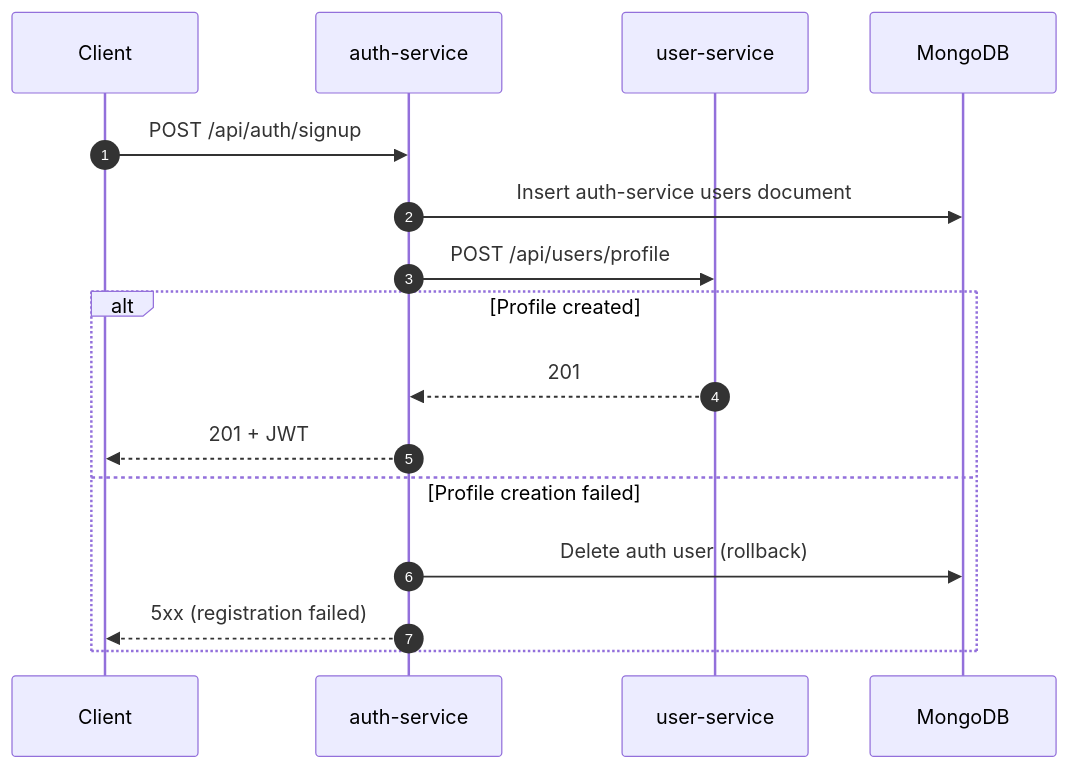
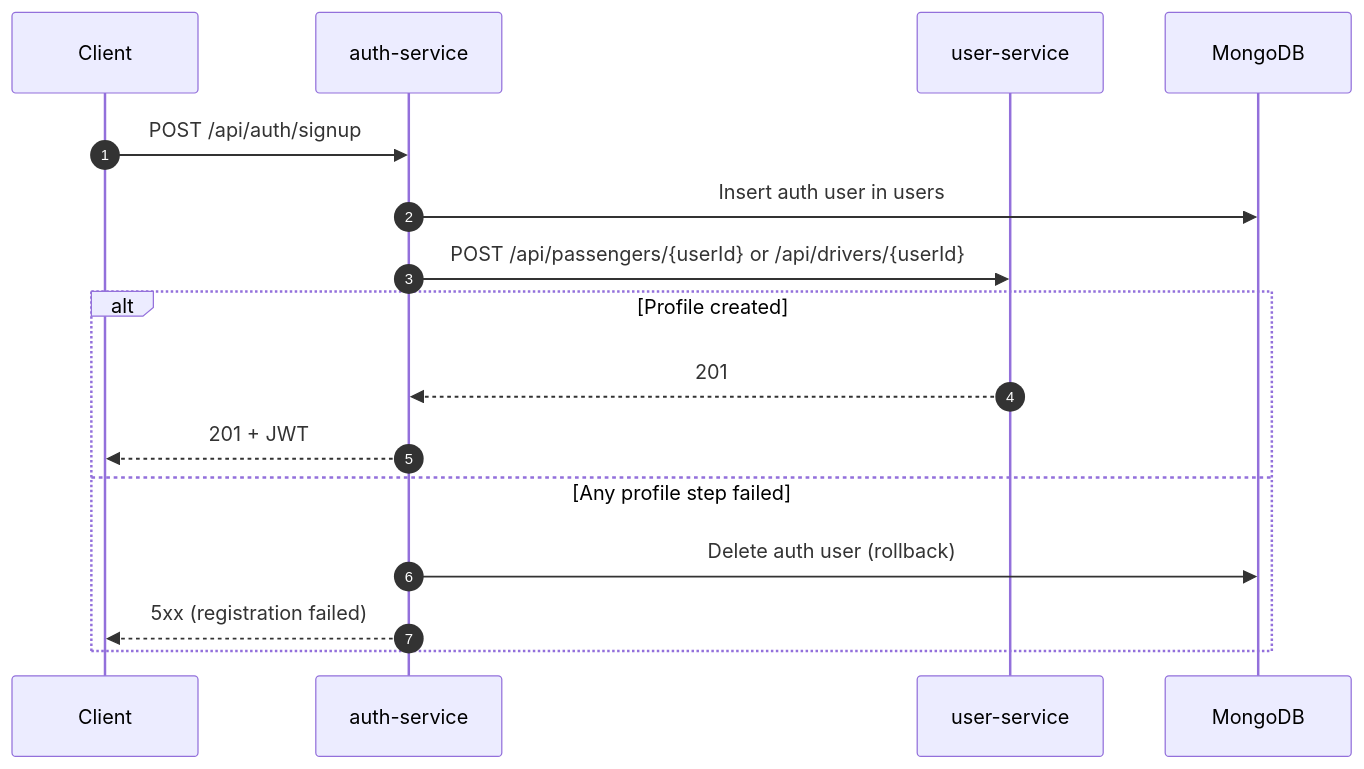
Before and after one commit to s3m3dov/umr-carsharing-backend: the third of 7 diagrams in .docs/uni/reports/Backend_Technical_Report_Carsharing.md, drawn with Mermaid. The commit also changed other lines of this file and 14 other files, not shown here.

First line of the commit message:
docs: update docs and changelog for user-profile architecture

````diff
--- a/.docs/uni/reports/Backend_Technical_Report_Carsharing.md
+++ b/.docs/uni/reports/Backend_Technical_Report_Carsharing.md
@@ -539,19 +539,19 @@
 ```mermaid
 sequenceDiagram
   autonumber
   participant C as Client
   participant A as auth-service
   participant U as user-service
   participant M as MongoDB
 
   C->>A: POST /api/auth/signup
-  A->>M: Insert auth-service users document
-  A->>U: POST /api/users/profile
+  A->>M: Insert auth user in users
+  A->>U: POST /api/passengers/{userId} or /api/drivers/{userId}
   alt Profile created
     U-->>A: 201
     A-->>C: 201 + JWT
-  else Profile creation failed
+  else Any profile step failed
     A->>M: Delete auth user (rollback)
     A-->>C: 5xx (registration failed)
   end
 ```
````
